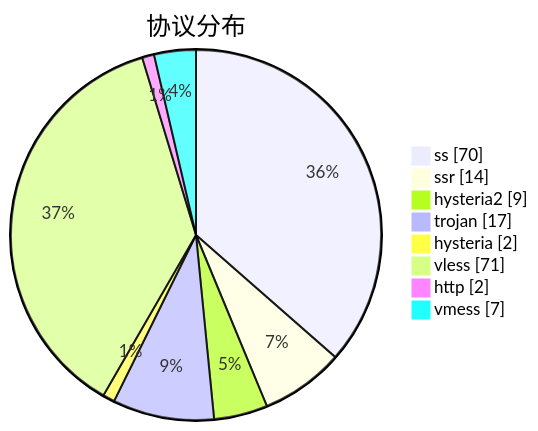
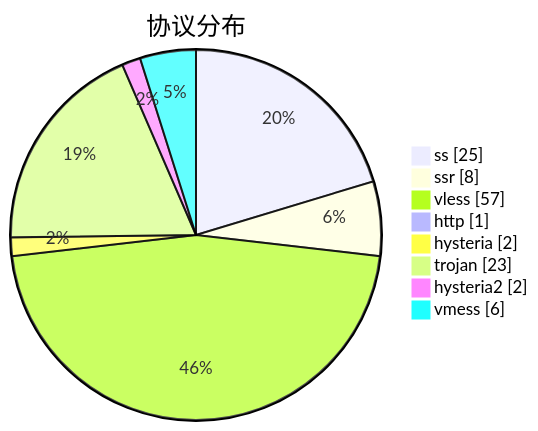
One commit to sinspired/airport changed the third of 3 diagrams in subs/statistics/tested_within.md. Above: the diagram before and after it, drawn with Mermaid. The commit also changed other lines of this file and 2 other files, not shown here.

````diff
--- a/subs/statistics/tested_within.md
+++ b/subs/statistics/tested_within.md
@@ -56,12 +39,12 @@
 ```mermaid
 pie showData
 title 协议分布
-"ss" : 70
-"ssr" : 14
-"hysteria2" : 9
-"trojan" : 17
+"ss" : 25
+"ssr" : 8
+"vless" : 57
+"http" : 1
 "hysteria" : 2
-"vless" : 71
-"http" : 2
-"vmess" : 7
+"trojan" : 23
+"hysteria2" : 2
+"vmess" : 6
 ```
````
